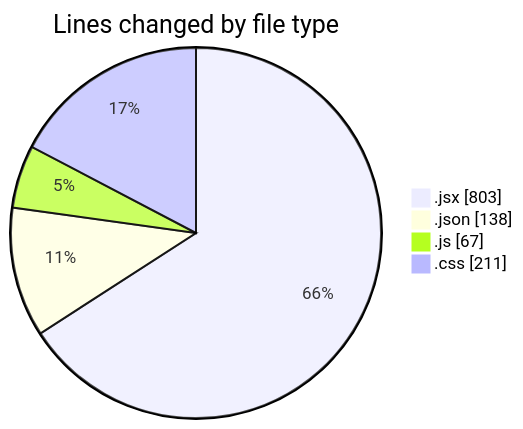
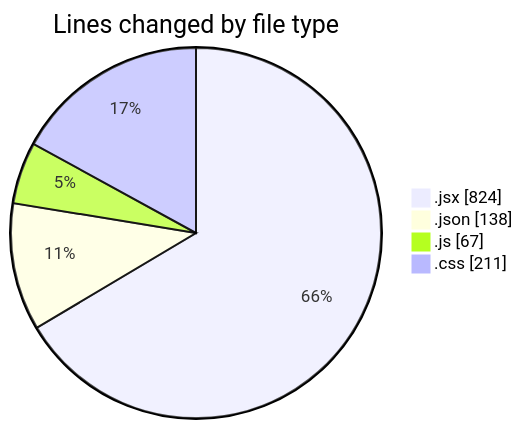
One commit to BS-eng2023/code-tracking changed the first of 2 diagrams in 2025-05-04/project/README.md. Above: the diagram before and after it, drawn with Mermaid. The commit also changed other lines of this file and 1 other file, not shown here.

````diff
--- a/2025-05-04/project/README.md
+++ b/2025-05-04/project/README.md
@@ -35,8 +35,8 @@
 ```mermaid
 pie showData
 title Lines changed by file type
-".jsx" : 803
+".jsx" : 824
 ".json" : 138
 ".js" : 67
 ".css" : 211
 ```
````
